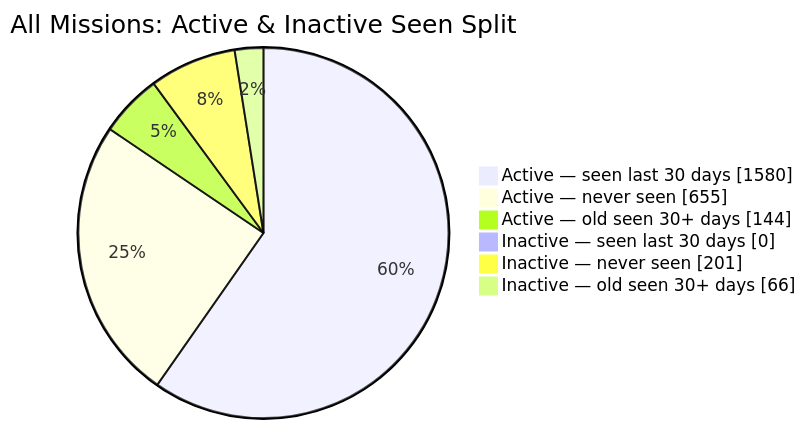
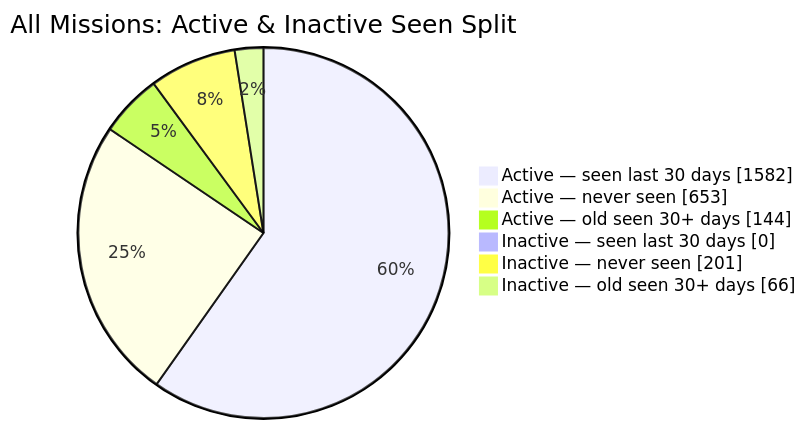
One commit to MeldkamerspelGameTeam/active-missions changed the second of 2 diagrams in README.md. Above: the diagram before and after it, drawn with Mermaid. The commit also changed other lines of this file and 2 other files, not shown here.

````diff
--- a/README.md
+++ b/README.md
@@ -44,10 +44,10 @@
 ```mermaid
 pie showData
     title All Missions: Active & Inactive Seen Split
-    "Active — seen last 30 days" : 1580
-    "Active — never seen" : 655
+    "Active — seen last 30 days" : 1582
+    "Active — never seen" : 653
     "Active — old seen 30+ days" : 144
     "Inactive — seen last 30 days" : 0
     "Inactive — never seen" : 201
     "Inactive — old seen 30+ days" : 66
 ```
````
